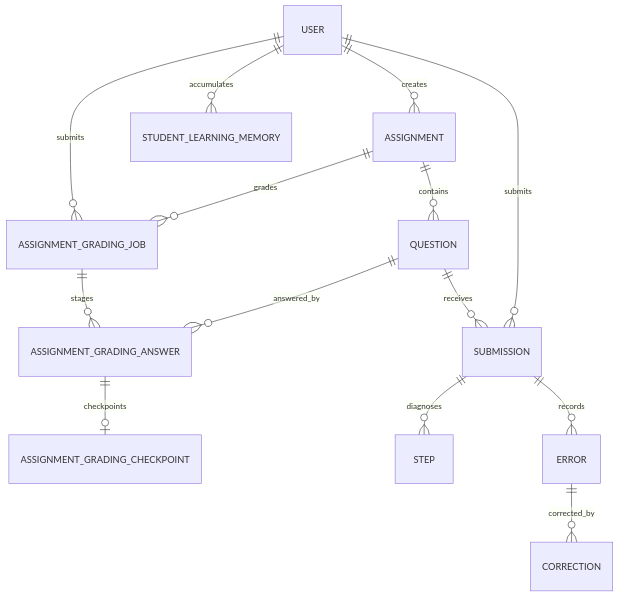
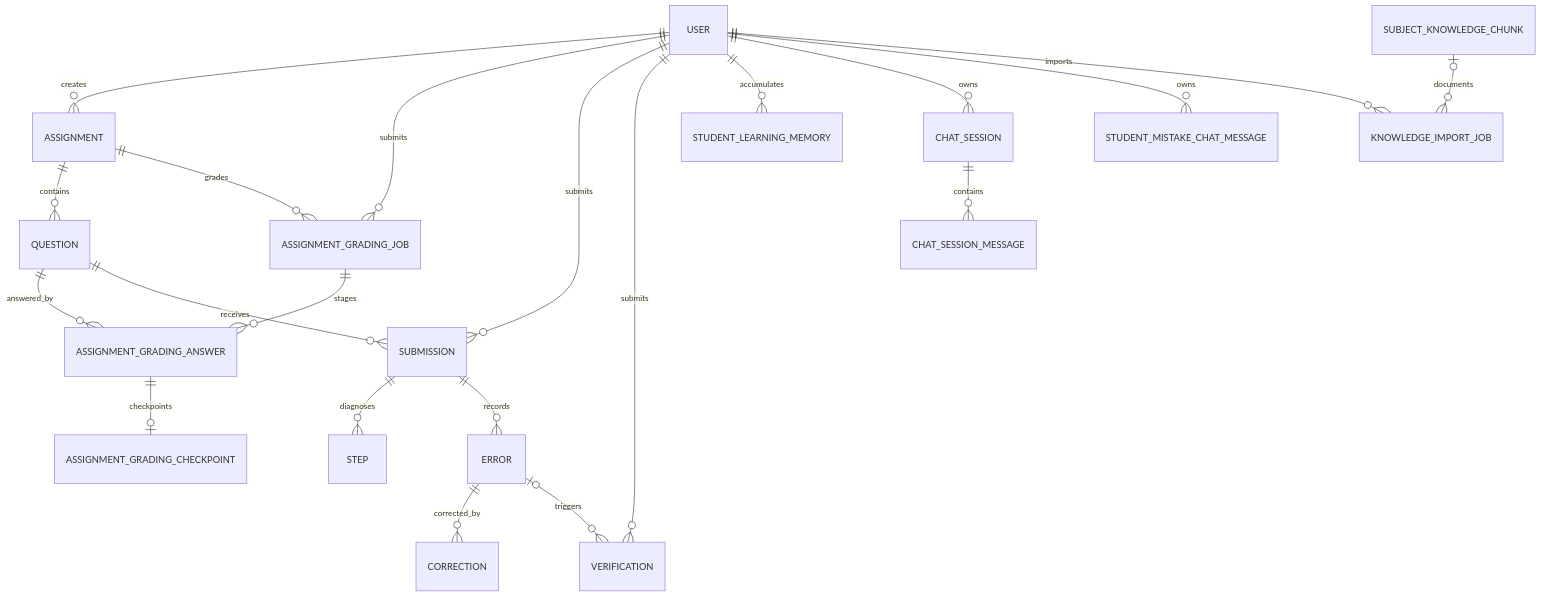
One commit to iLian-150/Remedi changed the first of 3 diagrams in docs/技术资料/data-and-interfaces.md. Above: the diagram before and after it, drawn with Mermaid. The commit also changed other lines of this file and 6 other files, not shown here.

Commit message:
补齐核心数据与后台流程技术图

````diff
--- a/docs/技术资料/data-and-interfaces.md
+++ b/docs/技术资料/data-and-interfaces.md
@@ -5,16 +7,23 @@
 ```mermaid
 erDiagram
     USER ||--o{ ASSIGNMENT : creates
     ASSIGNMENT ||--o{ QUESTION : contains
     USER ||--o{ ASSIGNMENT_GRADING_JOB : submits
     ASSIGNMENT ||--o{ ASSIGNMENT_GRADING_JOB : grades
     ASSIGNMENT_GRADING_JOB ||--o{ ASSIGNMENT_GRADING_ANSWER : stages
     QUESTION ||--o{ ASSIGNMENT_GRADING_ANSWER : answered_by
     ASSIGNMENT_GRADING_ANSWER ||--o| ASSIGNMENT_GRADING_CHECKPOINT : checkpoints
     QUESTION ||--o{ SUBMISSION : receives
     USER ||--o{ SUBMISSION : submits
     SUBMISSION ||--o{ STEP : diagnoses
     SUBMISSION ||--o{ ERROR : records
     ERROR ||--o{ CORRECTION : corrected_by
+    ERROR o|--o{ VERIFICATION : triggers
+    USER ||--o{ VERIFICATION : submits
     USER ||--o{ STUDENT_LEARNING_MEMORY : accumulates
+    USER ||--o{ CHAT_SESSION : owns
+    CHAT_SESSION ||--o{ CHAT_SESSION_MESSAGE : contains
+    USER ||--o{ STUDENT_MISTAKE_CHAT_MESSAGE : owns
+    USER ||--o{ KNOWLEDGE_IMPORT_JOB : imports
+    SUBJECT_KNOWLEDGE_CHUNK o|--o{ KNOWLEDGE_IMPORT_JOB : documents
 ```
````
